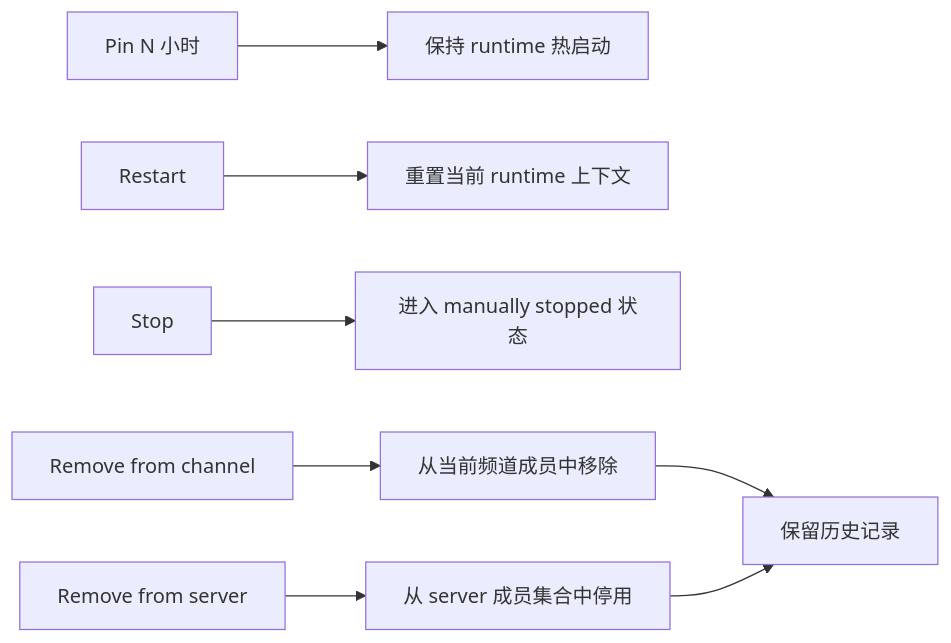
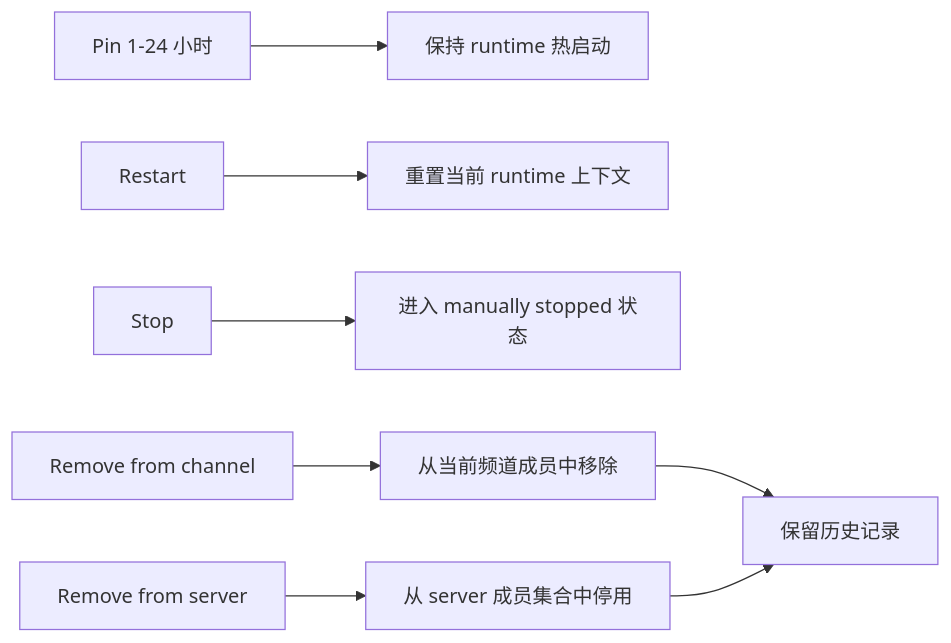
One commit to poco-ai/poco-agent changed the third of 3 diagrams in docs/zh/features/server-collaboration/persistent-agents.mdx. Above: the diagram before and after it, drawn with Mermaid. The commit also changed other lines of this file and 3 other files, not shown here.

First line of the commit message:
docs(persistent-runtime): clarify idle lifecycle, pin bounds, and stop semantics

````diff
--- a/docs/zh/features/server-collaboration/persistent-agents.mdx
+++ b/docs/zh/features/server-collaboration/persistent-agents.mdx
@@ -59,10 +61,10 @@
 ```mermaid
 flowchart LR
-    A["Pin N 小时"] --> B["保持 runtime 热启动"]
+    A["Pin 1-24 小时"] --> B["保持 runtime 热启动"]
     C["Restart"] --> D["重置当前 runtime 上下文"]
     E["Stop"] --> F["进入 manually stopped 状态"]
     G["Remove from channel"] --> H["从当前频道成员中移除"]
     I["Remove from server"] --> J["从 server 成员集合中停用"]
     H --> K["保留历史记录"]
     J --> K
 ```
````
